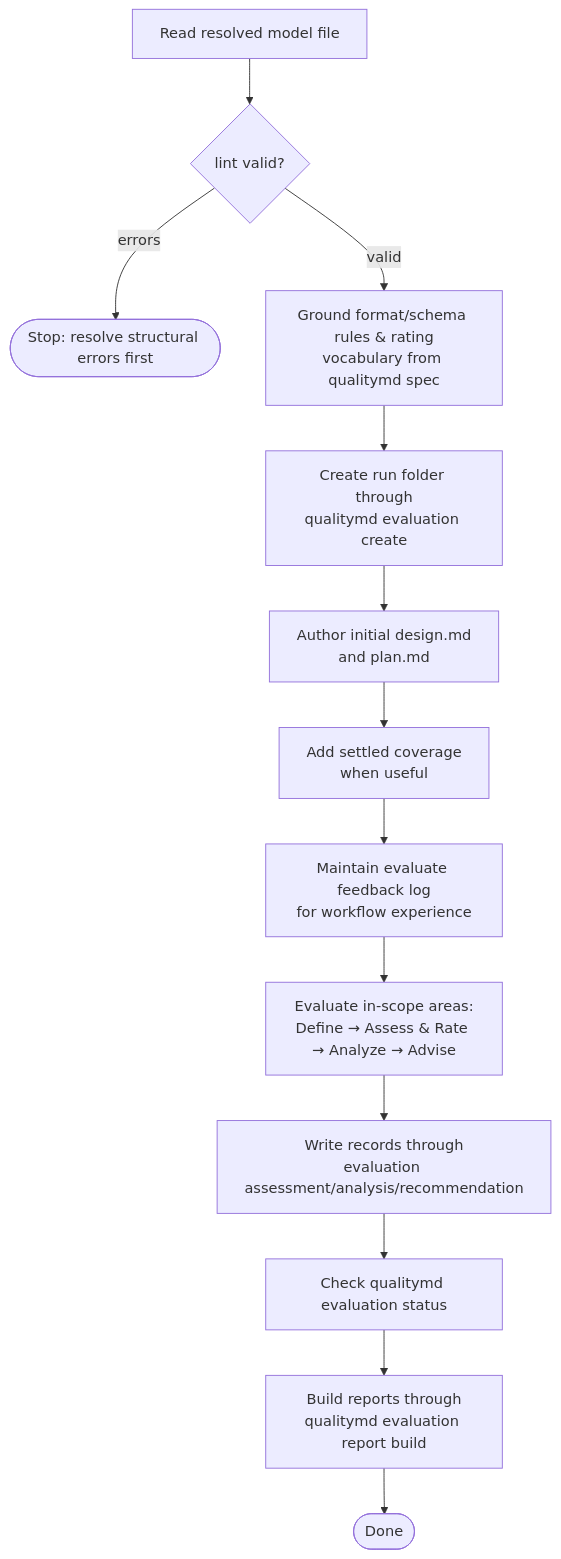
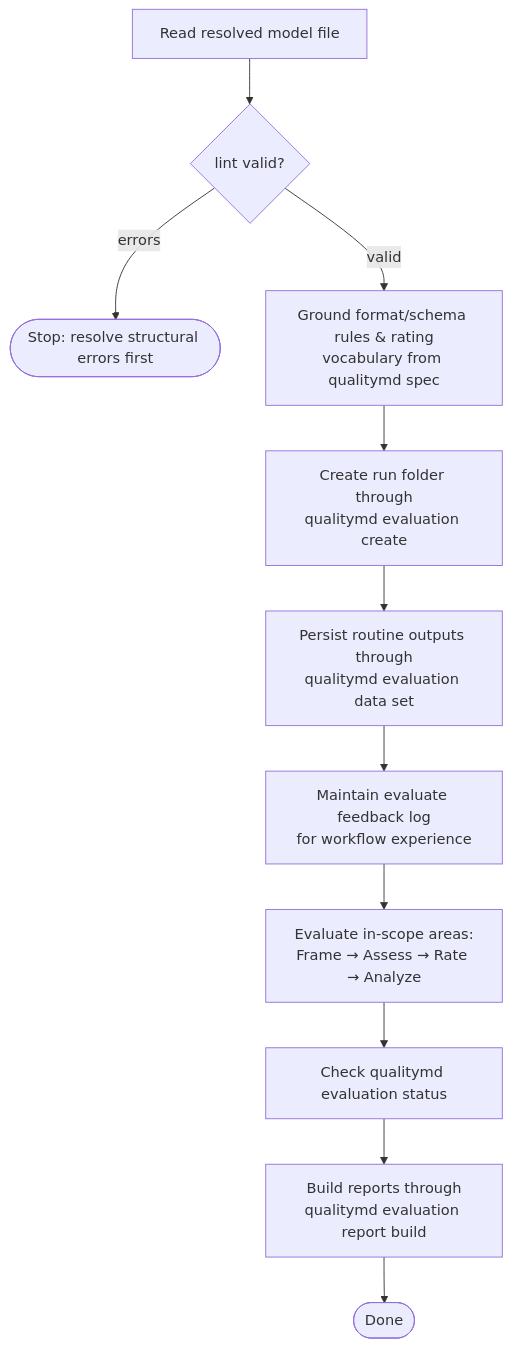
One commit to qualitymd/quality.md changed the diagram in specs/skills/quality-skill/evaluation.md. Above: the diagram before and after it, drawn with Mermaid. The commit also changed other lines of this file and 56 other files, not shown here.

Commit message:
Replace evaluation workflow with Evaluation v2

````diff
--- a/specs/skills/quality-skill/evaluation.md
+++ b/specs/skills/quality-skill/evaluation.md
@@ -92,15 +108,13 @@
 ```mermaid
 flowchart TD
     Read[Read resolved model file] --> Lint{lint valid?}
     Lint -->|errors| Stop([Stop: resolve structural errors first])
     Lint -->|valid| Ground[Ground format/schema rules &amp; rating<br/>vocabulary from qualitymd spec]
     Ground --> Run[Create run folder through<br/>qualitymd evaluation create]
-    Run --> Plan[Author initial design.md<br/>and plan.md]
-    Plan --> Coverage[Add settled coverage<br/>when useful]
-    Coverage --> Log[Maintain evaluate feedback log<br/>for workflow experience]
-    Log --> Eval[Evaluate in-scope areas:<br/>Define → Assess &amp; Rate → Analyze → Advise]
-    Eval --> Records[Write records through<br/>evaluation assessment/analysis/recommendation]
-    Records --> Status[Check qualitymd evaluation status]
+    Run --> Data[Persist routine outputs through<br/>qualitymd evaluation data set]
+    Data --> Log[Maintain evaluate feedback log<br/>for workflow experience]
+    Log --> Eval[Evaluate in-scope areas:<br/>Frame → Assess → Rate → Analyze]
+    Eval --> Status[Check qualitymd evaluation status]
     Status --> Report[Build reports through<br/>qualitymd evaluation report build]
     Report --> Done([Done])
 ```
````
